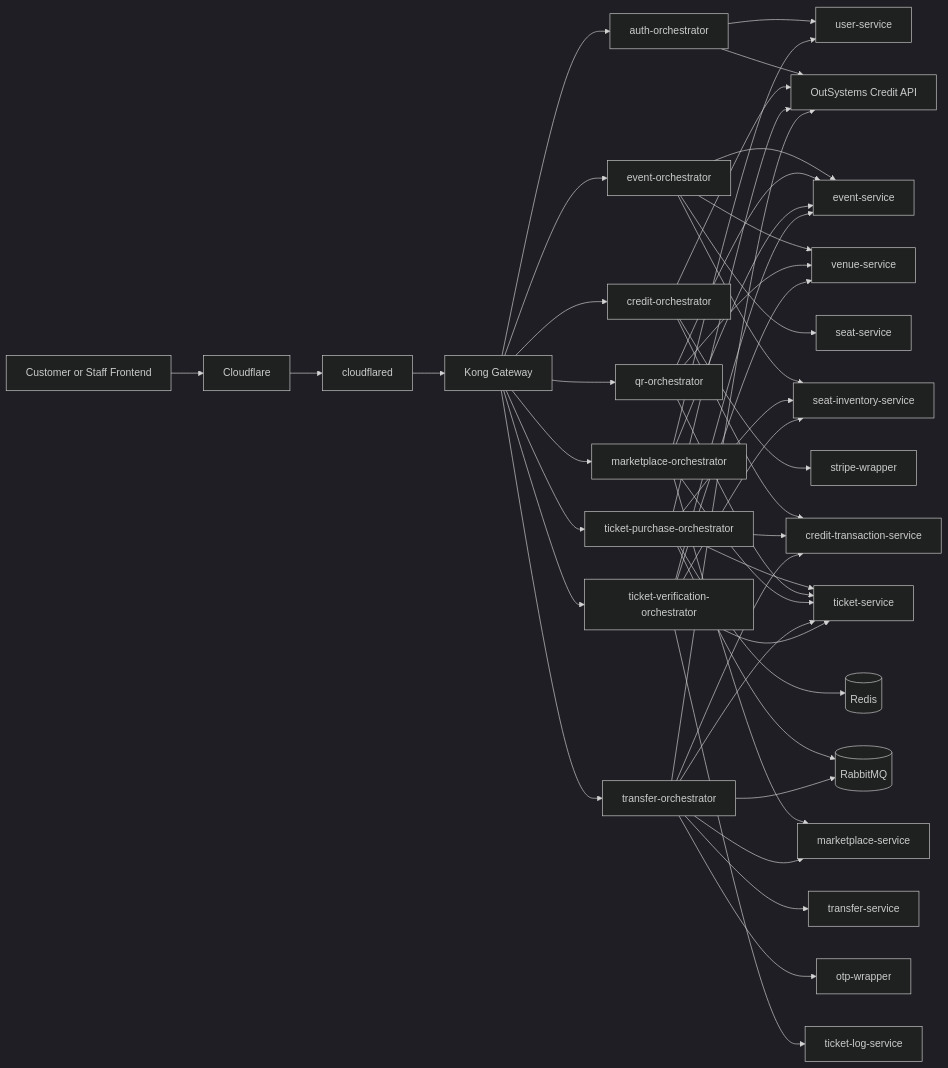
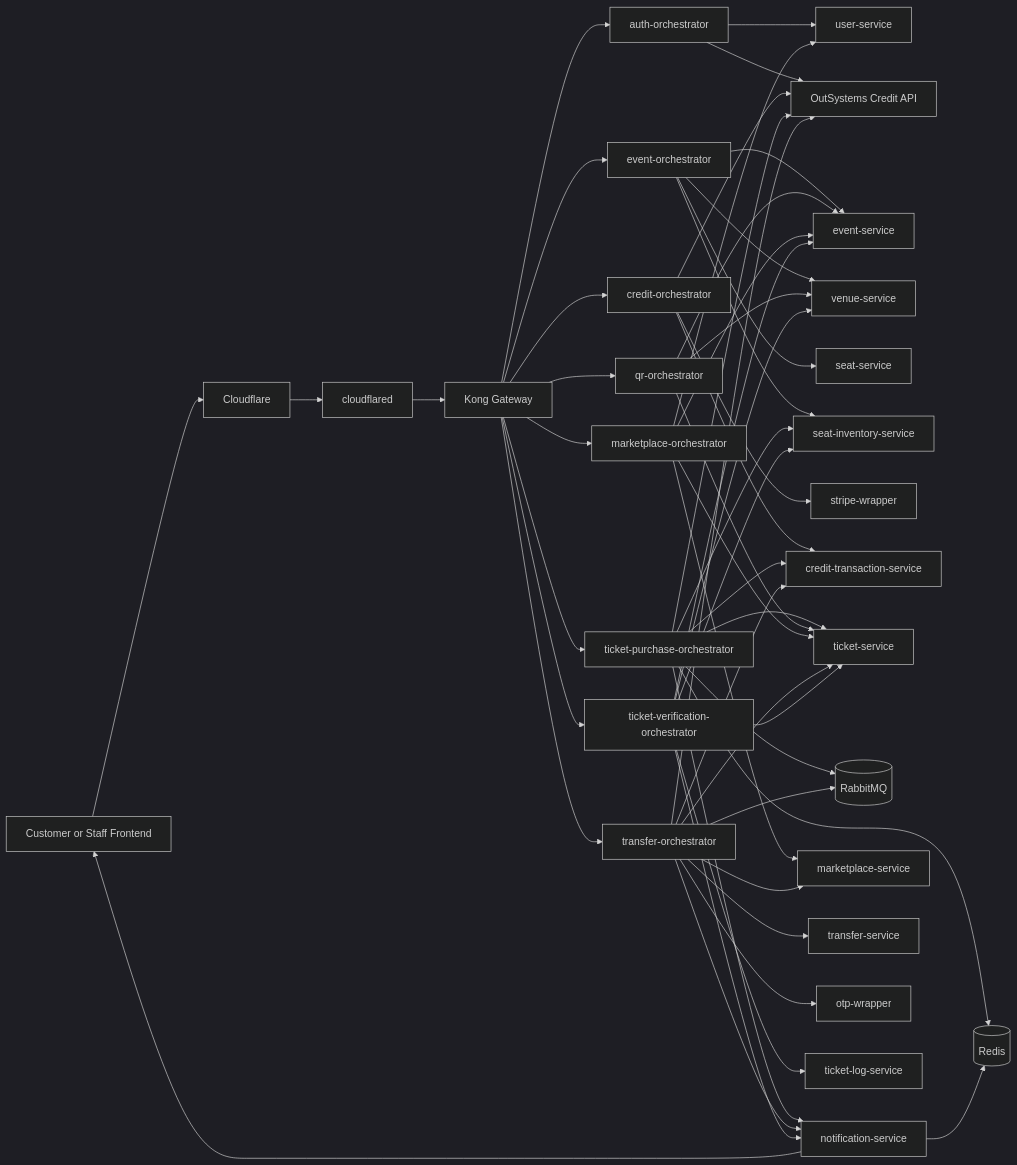
The first of 2 diagrams in README.md (bryanseah234/ticketremaster-b), drawn with Mermaid (dark theme) before and after one commit. The commit also changed other lines of this file and 15 other files, not shown here.

````diff
--- a/README.md
+++ b/README.md
@@ -17,57 +18,64 @@
 ```mermaid
 flowchart LR
     Browser[Customer or Staff Frontend] --> CF[Cloudflare]
     CF --> Tunnel[cloudflared]
     Tunnel --> Kong[Kong Gateway]
 
     Kong --> Auth[auth-orchestrator]
     Kong --> Event[event-orchestrator]
     Kong --> Credit[credit-orchestrator]
     Kong --> Purchase[ticket-purchase-orchestrator]
     Kong --> QR[qr-orchestrator]
     Kong --> Market[marketplace-orchestrator]
     Kong --> Transfer[transfer-orchestrator]
     Kong --> Verify[ticket-verification-orchestrator]
 
     Auth --> UserSvc[user-service]
     Auth --> CreditAPI[OutSystems Credit API]
 
     Event --> EventSvc[event-service]
     Event --> VenueSvc[venue-service]
     Event --> SeatSvc[seat-service]
     Event --> InvSvc[seat-inventory-service]
 
     Credit --> Stripe[stripe-wrapper]
     Credit --> CreditTxn[credit-transaction-service]
     Credit --> CreditAPI
 
     Purchase --> InvSvc
     Purchase --> TicketSvc[ticket-service]
     Purchase --> CreditTxn
     Purchase --> Redis[(Redis)]
     Purchase --> Rabbit[(RabbitMQ)]
     Purchase --> CreditAPI
+    Purchase --> NotifSvc[notification-service]
 
     QR --> TicketSvc
     QR --> EventSvc
     QR --> VenueSvc
 
     Market --> MarketSvc[marketplace-service]
     Market --> TicketSvc
     Market --> EventSvc
     Market --> UserSvc
 
     Transfer --> TransferSvc[transfer-service]
     Transfer --> MarketSvc
     Transfer --> TicketSvc
     Transfer --> CreditTxn
     Transfer --> OTP[otp-wrapper]
     Transfer --> Rabbit
     Transfer --> CreditAPI
+    Transfer --> NotifSvc
 
     Verify --> TicketSvc
     Verify --> TicketLog[ticket-log-service]
     Verify --> EventSvc
     Verify --> VenueSvc
     Verify --> InvSvc
+    Verify --> NotifSvc
+
+    %% Real-time notification flow
+    NotifSvc --> Browser
+    NotifSvc --> Redis
 ```
````
